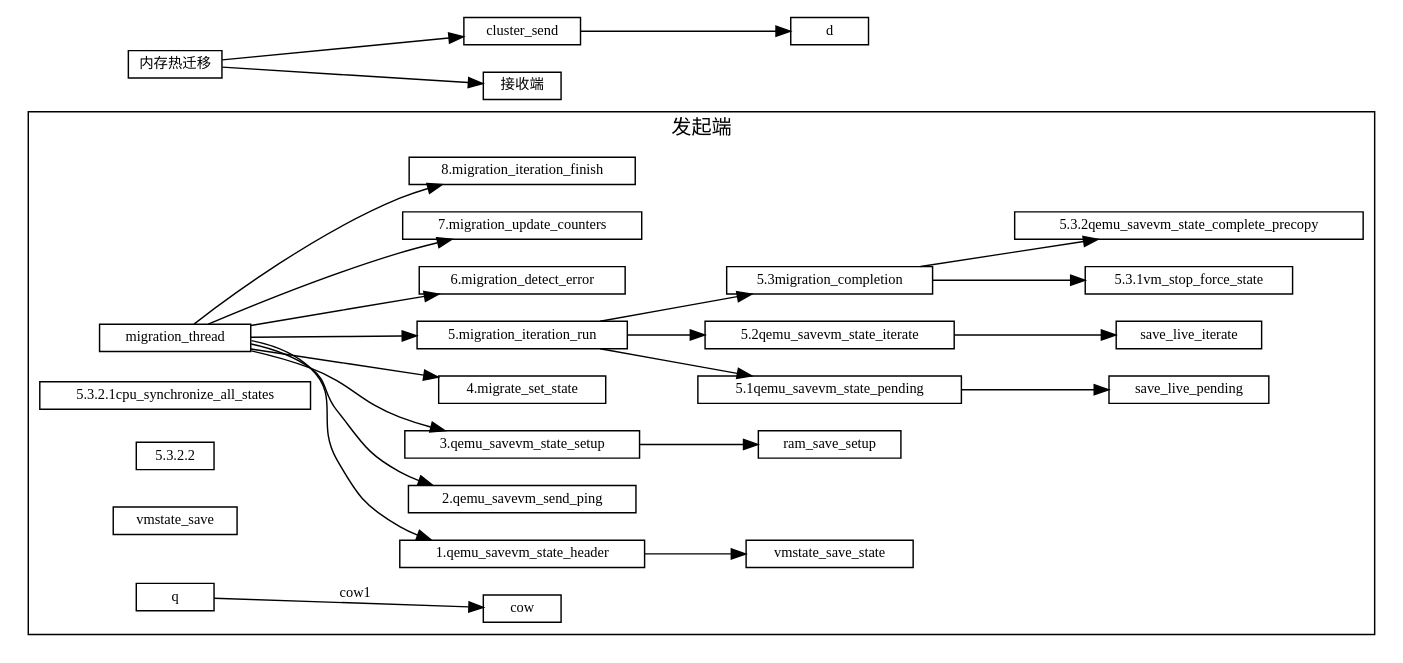
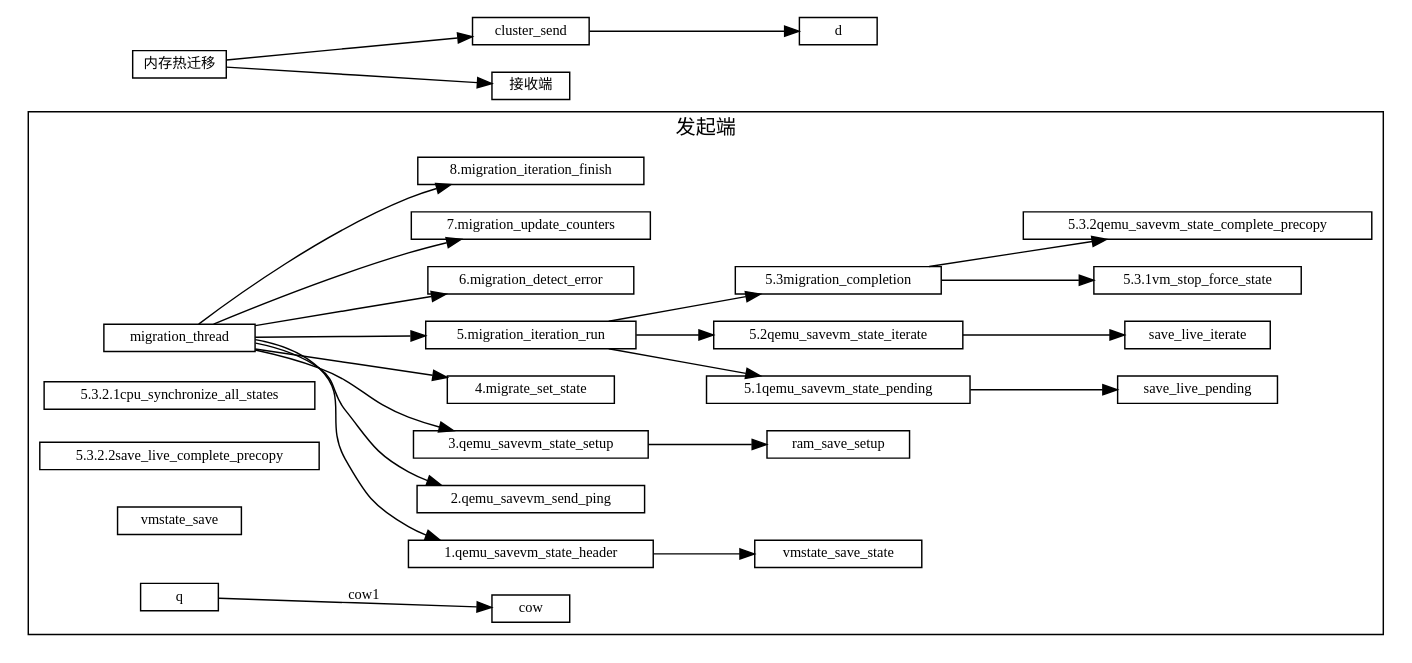
Before and after one commit to sisyphus1212/note: the diagram in 虚拟化/热迁移/1-内存热迁移.md, drawn with Graphviz.

Commit message:
auto_update

````diff
--- a/虚拟化/热迁移/1-内存热迁移.md
+++ b/虚拟化/热迁移/1-内存热迁移.md
@@ -11,63 +11,63 @@
 ```graphviz
 digraph {
 fontname="Helvetica,Arial,sans-serif"
 //node [fontname="Helvetica,Arial,sans-serif"]
 //edge [fontname="Helvetica,Arial,sans-serif"]
 rankdir="LR"
 node [fontsize=10, shape=record, height=0.25]
 edge [fontsize=10]
   subgraph send {
     cluster=true;
     label="发起端";
     qemu_savevm_state_header[label="1.qemu_savevm_state_header"];
     qemu_savevm_send_ping[label="2.qemu_savevm_send_ping"];
     qemu_savevm_state_setup[label="3.qemu_savevm_state_setup"];
     migrate_set_state[label="4.migrate_set_state"];
     migration_iteration_run[label="5.migration_iteration_run"];
 
     migration_detect_error[label="6.migration_detect_error"];
     migration_update_counters[label="7.migration_update_counters"];
     migration_iteration_finish[label="8.migration_iteration_finish"];
 
     migration_thread -> qemu_savevm_state_header
                      -> vmstate_save_state;
     migration_thread -> qemu_savevm_send_ping;
     migration_thread -> qemu_savevm_state_setup
                      -> ram_save_setup;
     migration_thread -> migrate_set_state;
 
     qemu_savevm_state_pending[label="5.1qemu_savevm_state_pending"];
     qemu_savevm_state_iterate[label="5.2qemu_savevm_state_iterate"];
     migration_completion[label="5.3migration_completion"];
 
     vm_stop_force_state[label="5.3.1vm_stop_force_state"]
     qemu_savevm_state_complete_precopy[label="5.3.2qemu_savevm_state_complete_precopy"]
     cpu_synchronize_all_states[label="5.3.2.1cpu_synchronize_all_states"]
-    save_live_complete_precopy[label="5.3.2.2"]
+    save_live_complete_precopy[label="5.3.2.2save_live_complete_precopy"]
     vmstate_save[]
     migration_thread ->
          migration_iteration_run->qemu_savevm_state_pending
                                 ->save_live_pending;
          migration_iteration_run->qemu_savevm_state_iterate
                                 ->save_live_iterate;
          migration_iteration_run->
             migration_completion->vm_stop_force_state;
             migration_completion->qemu_savevm_state_complete_precopy;
 
 
     migration_thread -> migration_detect_error
     migration_thread -> migration_update_counters
     migration_thread -> migration_iteration_finish
 
 
 
     q -> cow[label="cow1"];
   }
 
 内存热迁移 [label="内存热迁移"]
 内存热迁移 -> cluster_send
            -> d
 
 内存热迁移 -> 接收端
 }
 ```
````
